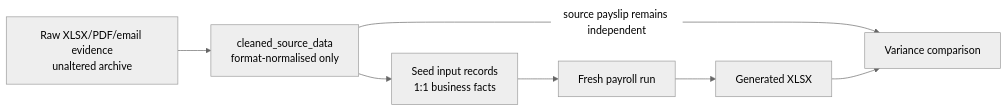
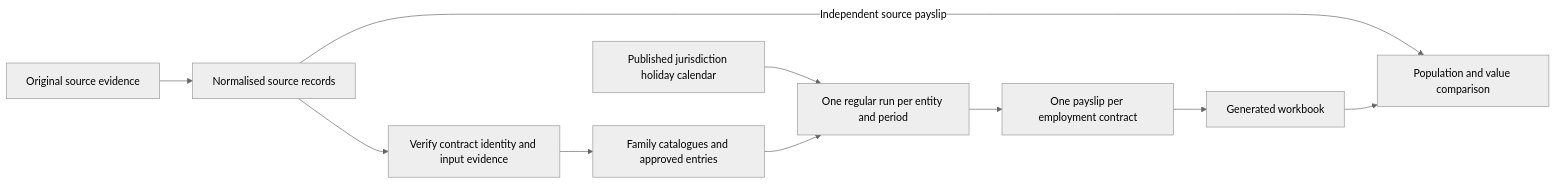
The diagram in hr-payroll/docs/data.md (norbital-ai/templates), drawn with Mermaid (neutral theme) before and after one commit. The commit also changed other lines of this file and 425 other files, not shown here.

First line of the commit message:
hr-payroll: the family-based payroll model, at Bolt 0.0.21

````diff
--- a/hr-payroll/docs/data.md
+++ b/hr-payroll/docs/data.md
@@ -5,9 +5,12 @@
 ```mermaid
 flowchart LR
-  RAW["Raw XLSX/PDF/email evidence\nunaltered archive"] --> CLEAN["cleaned_source_data\nformat-normalised only"]
-  CLEAN --> INPUT["Seed input records\n1:1 business facts"]
-  INPUT --> RUN["Fresh payroll run"]
-  RUN --> OUT["Generated XLSX"]
-  CLEAN -->|"source payslip remains independent"| COMPARE["Variance comparison"]
-  OUT --> COMPARE
+  RAW["Original source evidence"] --> CLEAN["Normalised source records"]
+  CLEAN --> REVIEW["Verify contract identity and input evidence"]
+  REVIEW --> INPUT["Family catalogues and approved entries"]
+  HOLIDAY["Published jurisdiction holiday calendar"] --> RUN
+  INPUT --> RUN["One regular run per entity and period"]
+  RUN --> OUT["One payslip per employment contract"]
+  OUT --> EXPORT["Generated workbook"]
+  CLEAN -->|"Independent source payslip"| COMPARE["Population and value comparison"]
+  EXPORT --> COMPARE
 ```
````
